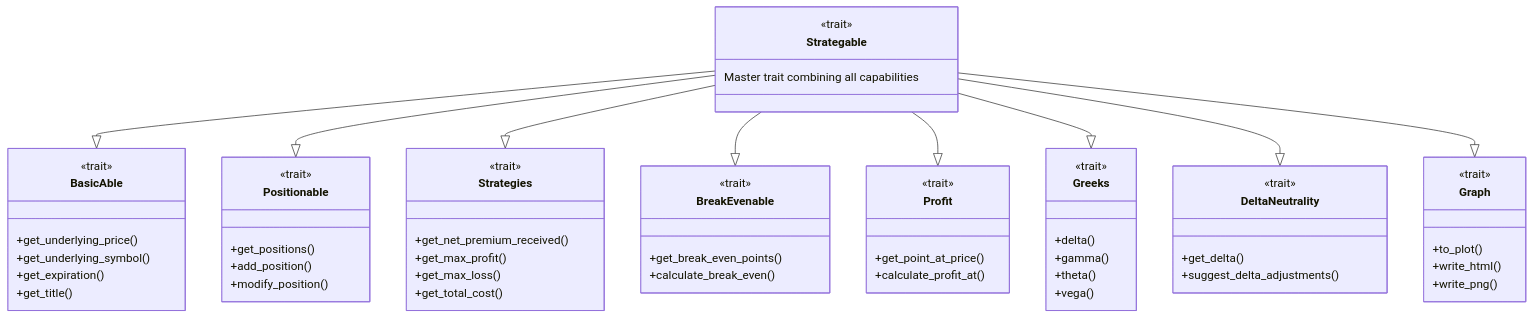
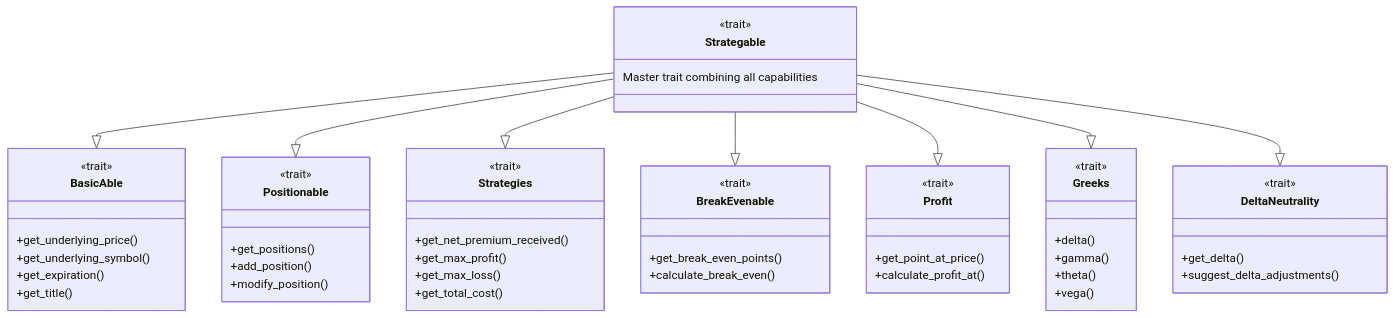
One commit to joaquinbejar/OptionStratLib changed the fifth of 7 diagrams in README.md. Above: the diagram before and after it, drawn with Mermaid. The commit also changed other lines of this file and 10 other files, not shown here.

````diff
--- a/README.md
+++ b/README.md
@@ -691,72 +691,64 @@
 ```mermaid
 classDiagram
     class Strategable {
         <<trait>>
         Master trait combining all capabilities
     }
 
     class BasicAble {
         <<trait>>
         +get_underlying_price()
         +get_underlying_symbol()
         +get_expiration()
         +get_title()
     }
 
     class Positionable {
         <<trait>>
         +get_positions()
         +add_position()
         +modify_position()
     }
 
     class Strategies {
         <<trait>>
         +get_net_premium_received()
         +get_max_profit()
         +get_max_loss()
         +get_total_cost()
     }
 
     class BreakEvenable {
         <<trait>>
         +get_break_even_points()
         +calculate_break_even()
     }
 
     class Profit {
         <<trait>>
         +get_point_at_price()
         +calculate_profit_at()
     }
 
     class Greeks {
         <<trait>>
         +delta()
         +gamma()
         +theta()
         +vega()
     }
 
     class DeltaNeutrality {
         <<trait>>
         +get_delta()
         +suggest_delta_adjustments()
     }
 
-    class Graph {
-        <<trait>>
-        +to_plot()
-        +write_html()
-        +write_png()
-    }
-
     Strategable --|> BasicAble
     Strategable --|> Positionable
     Strategable --|> Strategies
     Strategable --|> BreakEvenable
     Strategable --|> Profit
     Strategable --|> Greeks
     Strategable --|> DeltaNeutrality
-    Strategable --|> Graph
 ```
````
